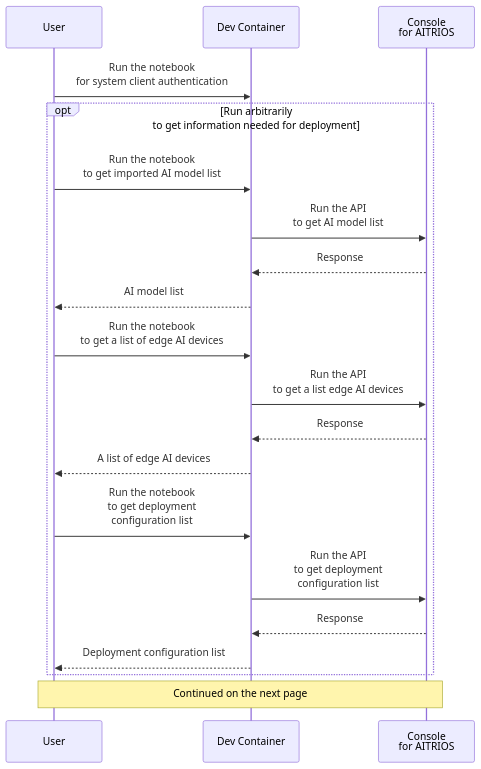
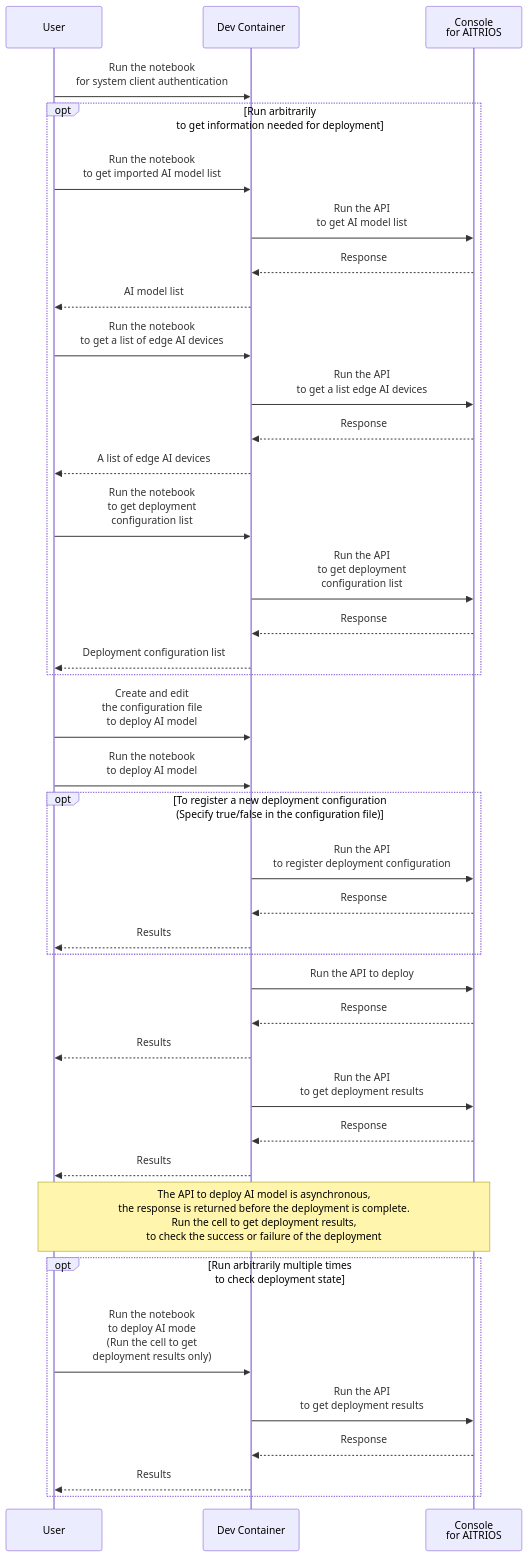
The sixth of 9 diagrams in docs/development-docs/AsciiDoc/VisionandSensingApplicationSDK_FuncSpec_ModelAndPPLDeploy.adoc (ZucchiniTang/aitrios-sdk-vision-sensing-app), drawn with Mermaid before and after one commit. The commit also changed other lines of this file and 255 other files, not shown here.

```diff
--- a/docs/development-docs/AsciiDoc/VisionandSensingApplicationSDK_FuncSpec_ModelAndPPLDeploy.adoc
+++ b/docs/development-docs/AsciiDoc/VisionandSensingApplicationSDK_FuncSpec_ModelAndPPLDeploy.adoc
@@ -296,26 +296,47 @@
-[mermaid]
+[mermaid, target="Sequence to deploy AI model"]
 ----
-%%{init:{'themeCSS':'text.actor {font-size:18px !important;} .messageText {font-size:18px !important;} .loopText {font-size:18px !important;} .noteText {font-size:18px !important;}'}}%%
+%%{init:{'themeCSS':'text.actor {font-size:18px !important;} .messageText {font-size:18px !important;} .labelText {font-size:18px !important;} .loopText {font-size:18px !important;} .noteText {font-size:18px !important;}'}}%%
 sequenceDiagram
   participant User
   participant Dev Container
   participant Console as Console <br> for AITRIOS
 
-  User->>Dev Container: Run the notebook<br>for system client authentication
-  opt Run arbitrarily<br>to get information needed for deployment
-    User->>Dev Container: Run the notebook<br>to get imported AI model list
-    Dev Container->>Console: Run the API<br>to get AI model list
+  User->>Dev Container: Run the notebook <br> for system client authentication
+  opt Run arbitrarily <br> to get information needed for deployment
+    User->>Dev Container: Run the notebook <br> to get imported AI model list
+    Dev Container->>Console: Run the API <br> to get AI model list
     Console-->>Dev Container: Response
     Dev Container-->>User: AI model list
-    User->>Dev Container: Run the notebook<br>to get a list of edge AI devices
-    Dev Container->>Console: Run the API<br>to get a list edge AI devices
+    User->>Dev Container: Run the notebook <br> to get a list of edge AI devices
+    Dev Container->>Console: Run the API <br> to get a list edge AI devices
     Console-->>Dev Container: Response
     Dev Container-->>User: A list of edge AI devices
-    User->>Dev Container: Run the notebook<br>to get deployment<br>configuration list
-    Dev Container->>Console: Run the API<br>to get deployment<br>configuration list
+    User->>Dev Container: Run the notebook <br> to get deployment <br> configuration list
+    Dev Container->>Console: Run the API <br> to get deployment <br> configuration list
     Console-->>Dev Container: Response
     Dev Container-->>User: Deployment configuration list
   end
 
-  Note over User, Console: Continued on the next page
+  User->>Dev Container: Create and edit <br> the configuration file <br> to deploy AI model
+  User->>Dev Container: Run the notebook <br> to deploy AI model
+  opt To register a new deployment configuration <br> (Specify true/false in the configuration file)
+    Dev Container->>Console: Run the API <br> to register deployment configuration
+    Console-->>Dev Container: Response
+    Dev Container-->>User: Results
+  end
+  Dev Container->>Console: Run the API to deploy
+  Console-->>Dev Container: Response
+  Dev Container-->>User: Results
+  Dev Container->>Console: Run the API <br> to get deployment results
+  Console-->>Dev Container: Response
+  Dev Container-->>User: Results
+
+  Note over User, Console: The API to deploy AI model is asynchronous, <br> the response is returned before the deployment is complete. <br> Run the cell to get deployment results, <br> to check the success or failure of the deployment
+
+  opt Run arbitrarily multiple times <br> to check deployment state
+    User->>Dev Container: Run the notebook <br> to deploy AI mode <br> (Run the cell to get <br> deployment results only)
+    Dev Container->>Console: Run the API <br> to get deployment results
+    Console-->>Dev Container: Response
+    Dev Container-->>User: Results
+  end
 ----
```
